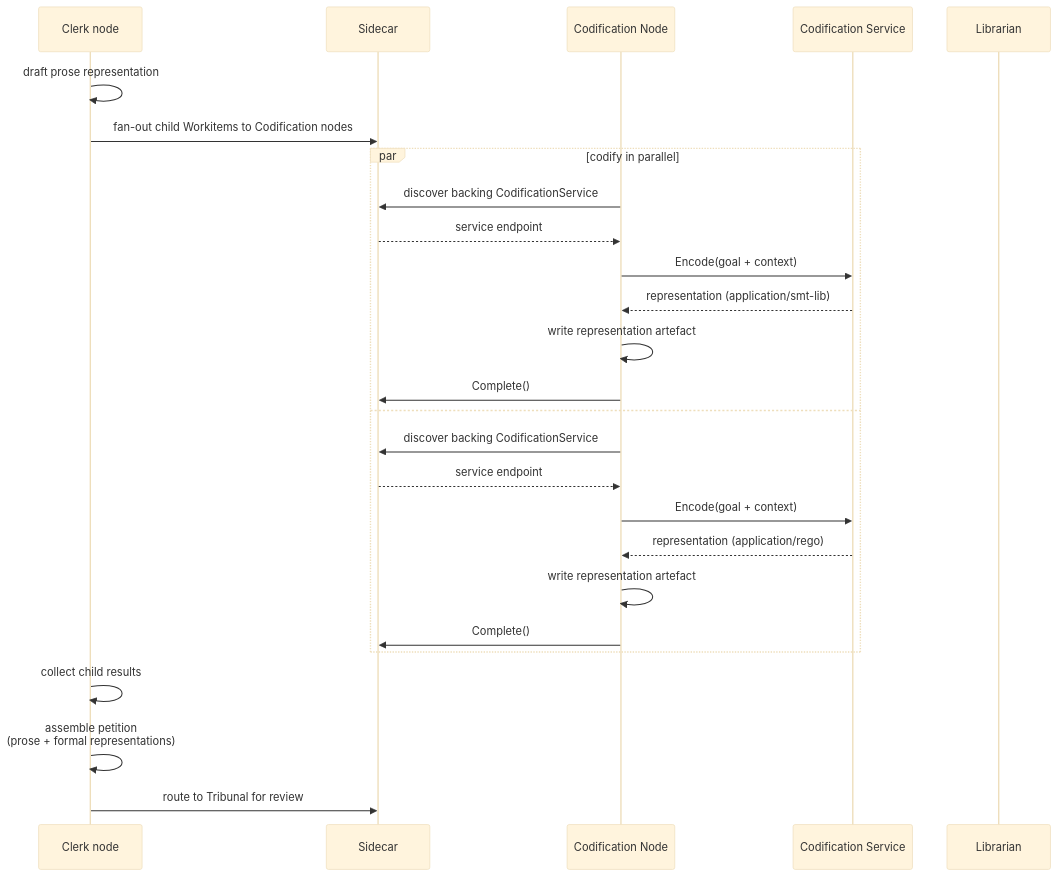
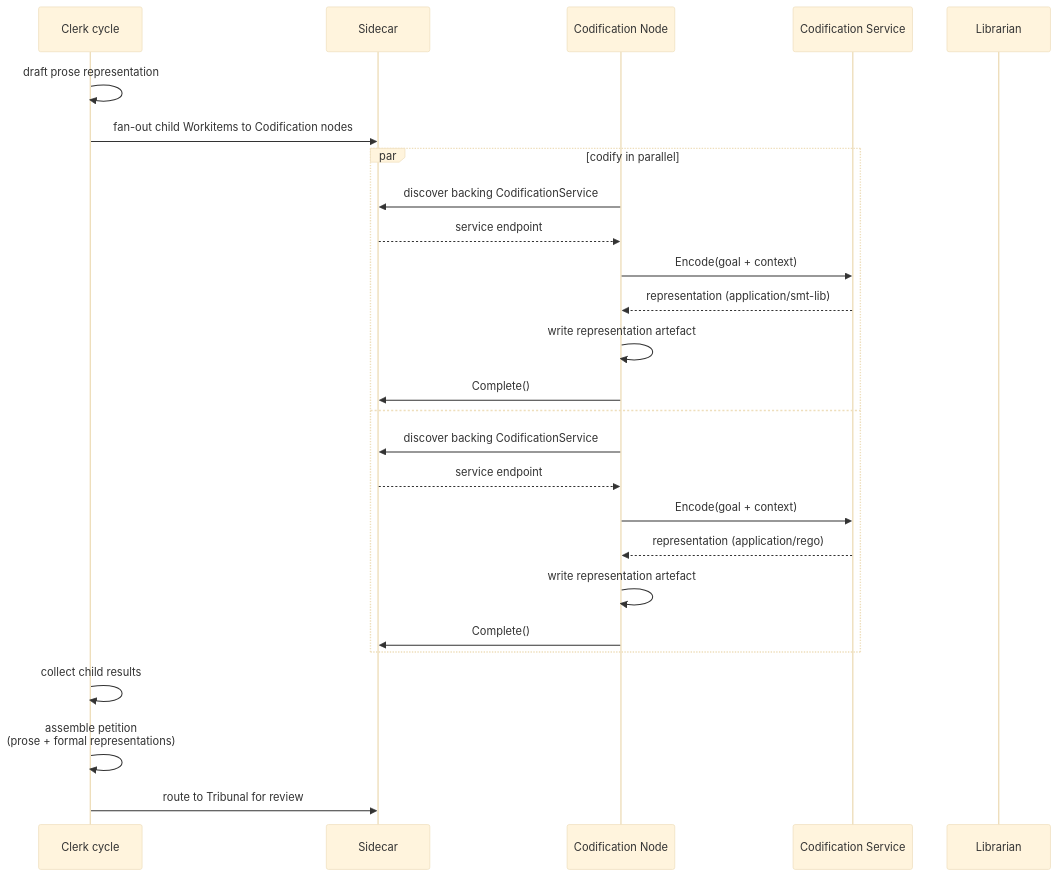
Before and after one commit to really-knows-ai/gideas: the third of 4 diagrams in specs/02-flow/04-system-services.md, drawn with Mermaid (base theme). The commit also changed other lines of this file and 28 other files, not shown here.

````diff
--- a/specs/02-flow/04-system-services.md
+++ b/specs/02-flow/04-system-services.md
@@ -308,29 +310,29 @@
 ```mermaid
 sequenceDiagram
-    participant CL as Clerk node
+    participant CL as Clerk cycle
     participant SC as Sidecar
     participant CN as Codification Node
     participant CS as Codification Service
     participant LB as Librarian
 
     CL->>CL: draft prose representation
     CL->>SC: fan-out child Workitems to Codification nodes
     par codify in parallel
         CN->>SC: discover backing CodificationService
         SC-->>CN: service endpoint
         CN->>CS: Encode(goal + context)
         CS-->>CN: representation (application/smt-lib)
         CN->>CN: write representation artefact
         CN->>SC: Complete()
     and
         CN->>SC: discover backing CodificationService
         SC-->>CN: service endpoint
         CN->>CS: Encode(goal + context)
         CS-->>CN: representation (application/rego)
         CN->>CN: write representation artefact
         CN->>SC: Complete()
     end
     CL->>CL: collect child results
     CL->>CL: assemble petition<br/>(prose + formal representations)
     CL->>SC: route to Tribunal for review
 ```
````
